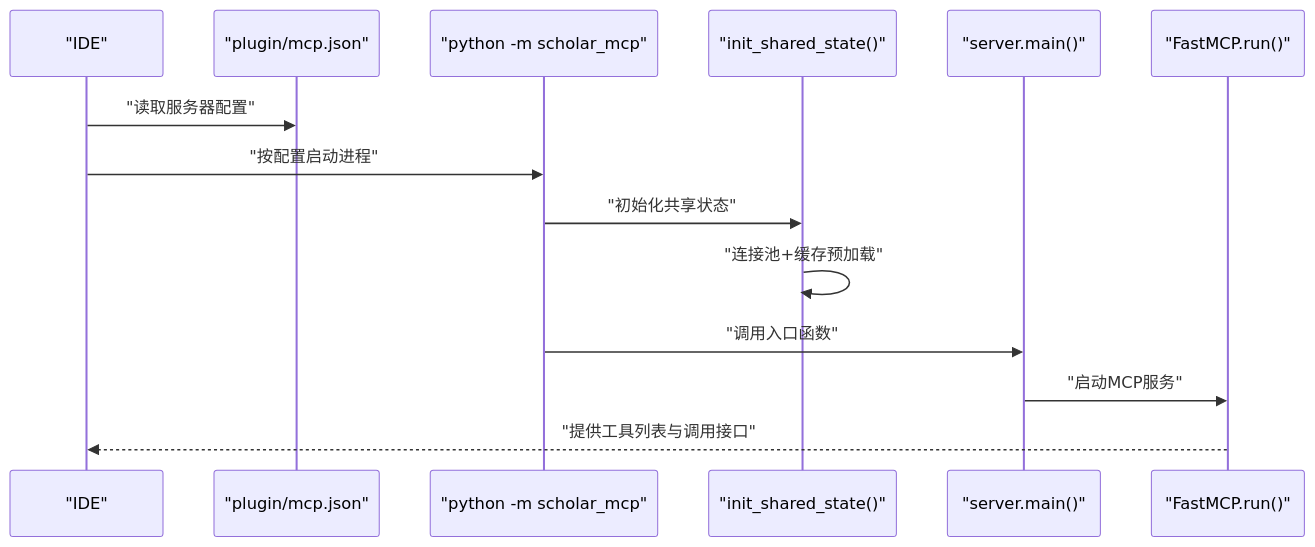
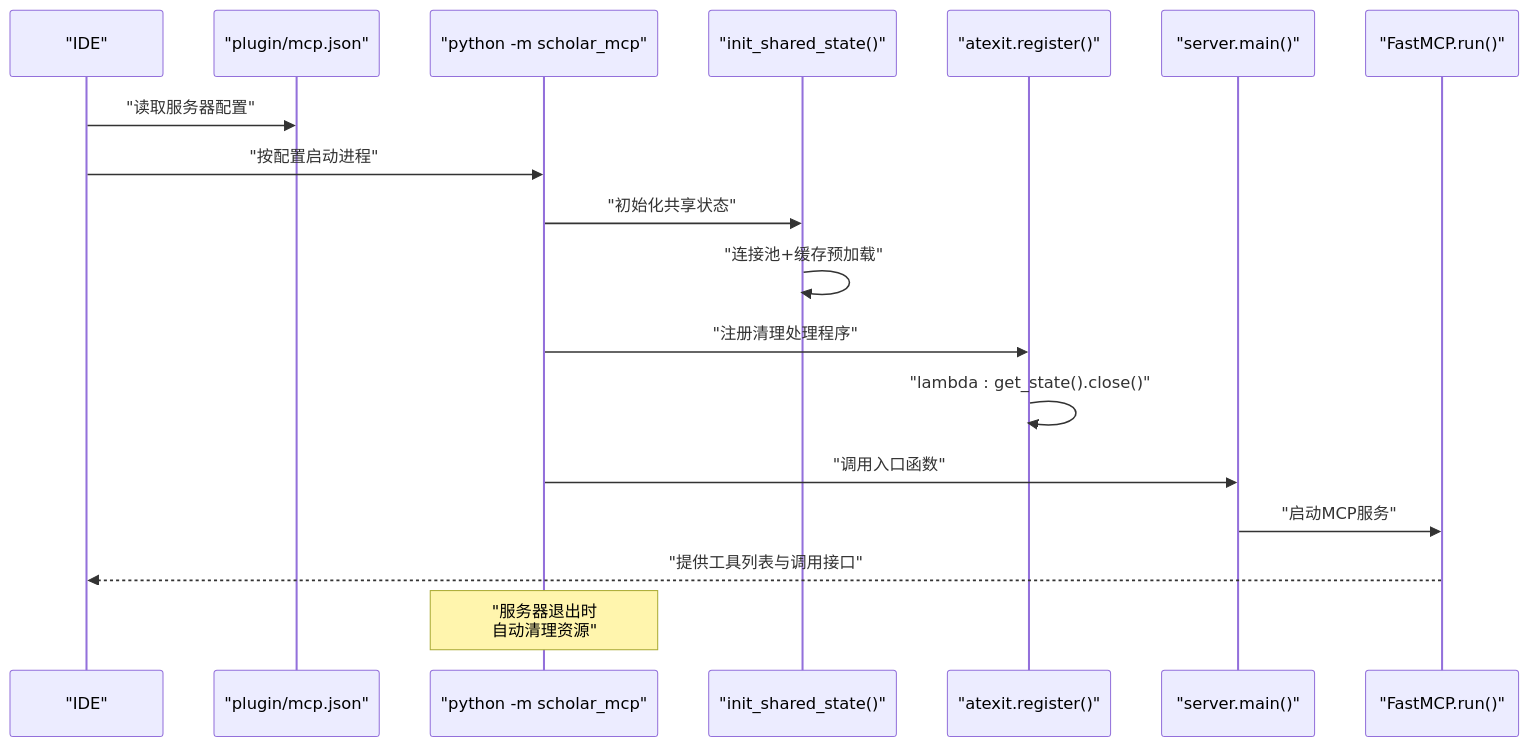
Before and after one commit to 1173591564/academic-based-qoder: the seventh of 8 diagrams in .qoder/repowiki/zh/content/MCP服务系统/MCP服务器架构.md, drawn with Mermaid. The commit also changed other lines of this file and 81 other files, not shown here.

````diff
--- a/.qoder/repowiki/zh/content/MCP服务系统/MCP服务器架构.md
+++ b/.qoder/repowiki/zh/content/MCP服务系统/MCP服务器架构.md
@@ -270,16 +339,20 @@
 ```mermaid
 sequenceDiagram
 participant IDE as "IDE"
 participant MCPJSON as "plugin/mcp.json"
 participant Py as "python -m scholar_mcp"
 participant Init as "init_shared_state()"
+participant Cleanup as "atexit.register()"
 participant Srv as "server.main()"
 participant M as "FastMCP.run()"
 IDE->>MCPJSON : "读取服务器配置"
 IDE->>Py : "按配置启动进程"
 Py->>Init : "初始化共享状态"
 Init->>Init : "连接池+缓存预加载"
+Py->>Cleanup : "注册清理处理程序"
+Cleanup->>Cleanup : "lambda : get_state().close()"
 Py->>Srv : "调用入口函数"
 Srv->>M : "启动MCP服务"
 M-->>IDE : "提供工具列表与调用接口"
+Note over Py : "服务器退出时<br/>自动清理资源"
 ```
````
